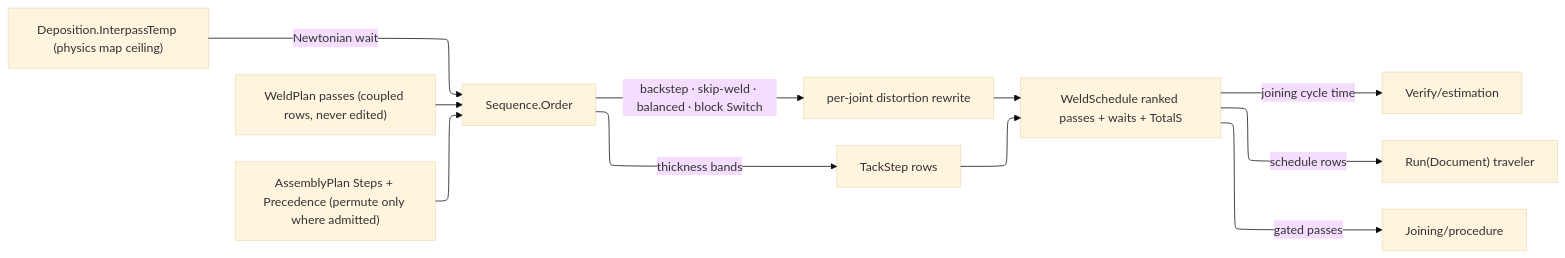
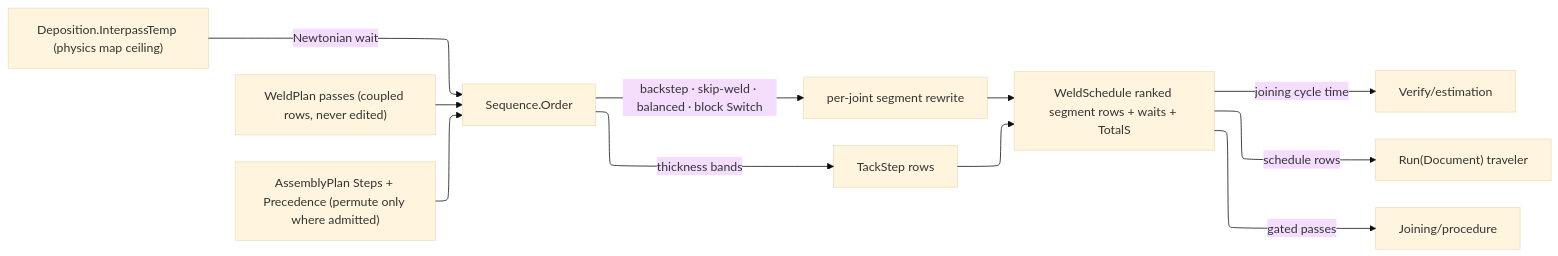
Before and after one commit to bsamiee/Rasm: the diagram in libs/csharp/Rasm.Fabrication/.planning/Joining/sequence.md, drawn with Mermaid. The commit also changed other lines of this file and 181 other files, not shown here.

````diff
--- a/libs/csharp/Rasm.Fabrication/.planning/Joining/sequence.md
+++ b/libs/csharp/Rasm.Fabrication/.planning/Joining/sequence.md
@@ -140,18 +182,18 @@
 ```mermaid
 ---
 config:
   layout: elk
   theme: base
 ---
 flowchart LR
     Plan["WeldPlan passes (coupled rows, never edited)"] --> Order["Sequence.Order"]
     Assembly["AssemblyPlan Steps + Precedence (permute only where admitted)"] --> Order
     Budget["Deposition.InterpassTemp (physics map ceiling)"] -->|Newtonian wait| Order
-    Order -->|"backstep · skip-weld · balanced · block Switch"| Rewrite["per-joint distortion rewrite"]
+    Order -->|"backstep · skip-weld · balanced · block Switch"| Rewrite["per-joint segment rewrite"]
     Order -->|thickness bands| Tacks["TackStep rows"]
-    Rewrite --> Schedule["WeldSchedule ranked passes + waits + TotalS"]
+    Rewrite --> Schedule["WeldSchedule ranked segment rows + waits + TotalS"]
     Tacks --> Schedule
     Schedule -->|joining cycle time| Estimation["Verify/estimation"]
     Schedule -->|schedule rows| Traveler["Run(Document) traveler"]
     Schedule -->|gated passes| Procedure["Joining/procedure"]
 ```
````
